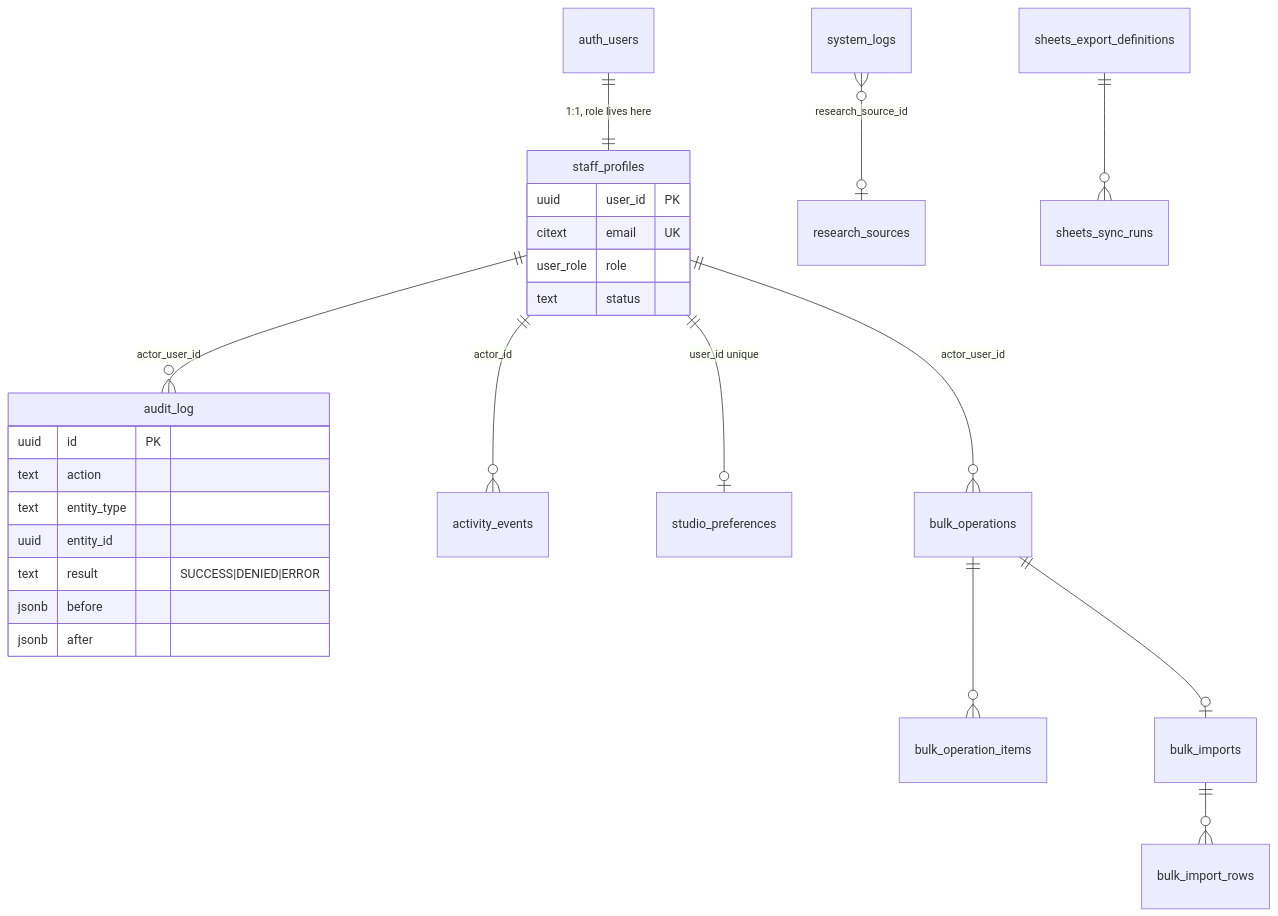
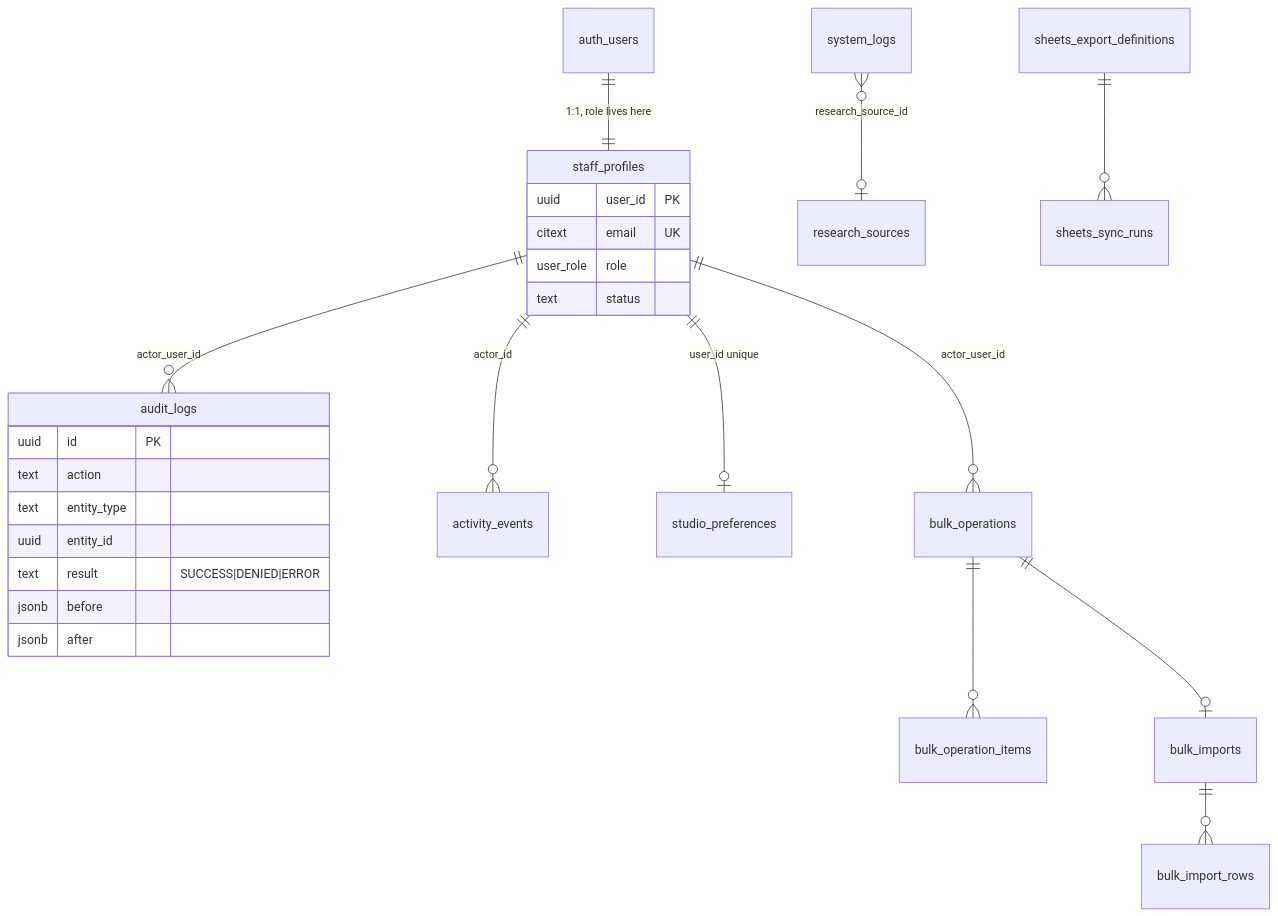
The sixth of 6 diagrams in docs/architecture/DATA_MODEL.md (gondaliyabhavya70960/RivyaLivingArt), drawn with Mermaid before and after one commit. The commit also changed other lines of this file and 17 other files, not shown here.

First line of the commit message:
Phase 01: rename audit_log to audit_logs across the documentation (D5)

````diff
--- a/docs/architecture/DATA_MODEL.md
+++ b/docs/architecture/DATA_MODEL.md
@@ -520,29 +520,29 @@
 ```mermaid
 erDiagram
   auth_users ||--|| staff_profiles : "1:1, role lives here"
-  staff_profiles ||--o{ audit_log : "actor_user_id"
+  staff_profiles ||--o{ audit_logs : "actor_user_id"
   staff_profiles ||--o{ activity_events : "actor_id"
   staff_profiles ||--o| studio_preferences : "user_id unique"
   staff_profiles ||--o{ bulk_operations : "actor_user_id"
   bulk_operations ||--o{ bulk_operation_items : ""
   bulk_operations ||--o| bulk_imports : ""
   bulk_imports ||--o{ bulk_import_rows : ""
   system_logs }o--o| research_sources : "research_source_id"
   sheets_export_definitions ||--o{ sheets_sync_runs : ""
 
   staff_profiles {
     uuid user_id PK
     citext email UK
     user_role role
     text status
   }
-  audit_log {
+  audit_logs {
     uuid id PK
     text action
     text entity_type
     uuid entity_id
     text result "SUCCESS|DENIED|ERROR"
     jsonb before
     jsonb after
   }
 ```
````
